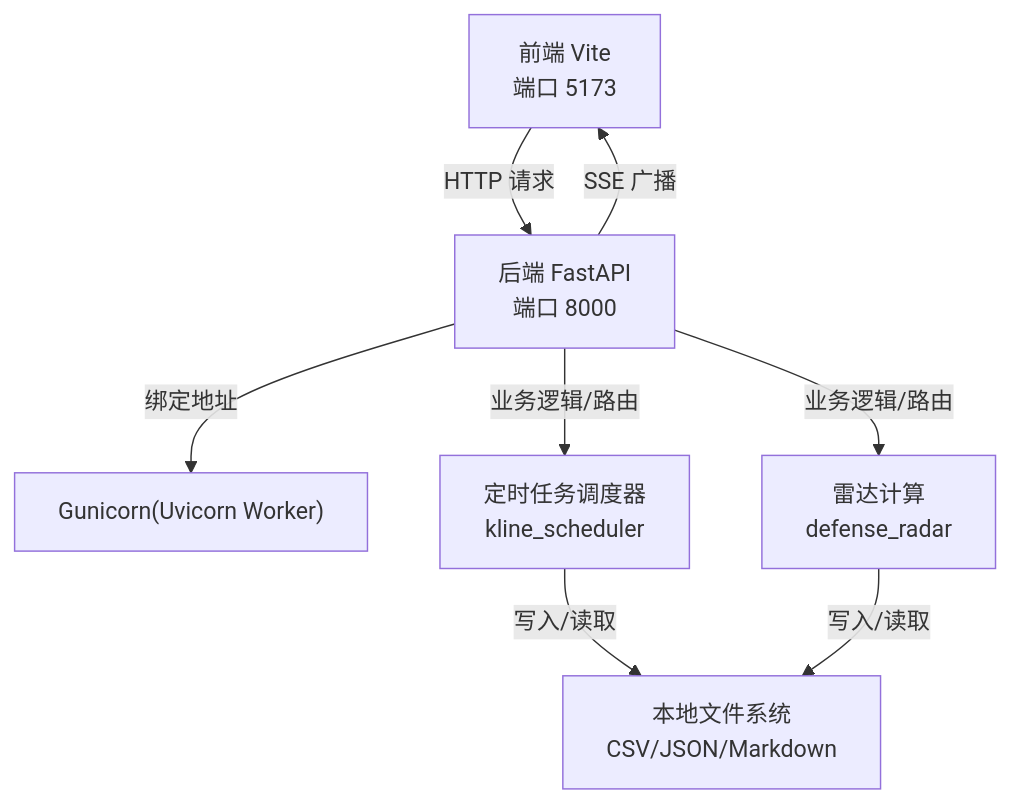
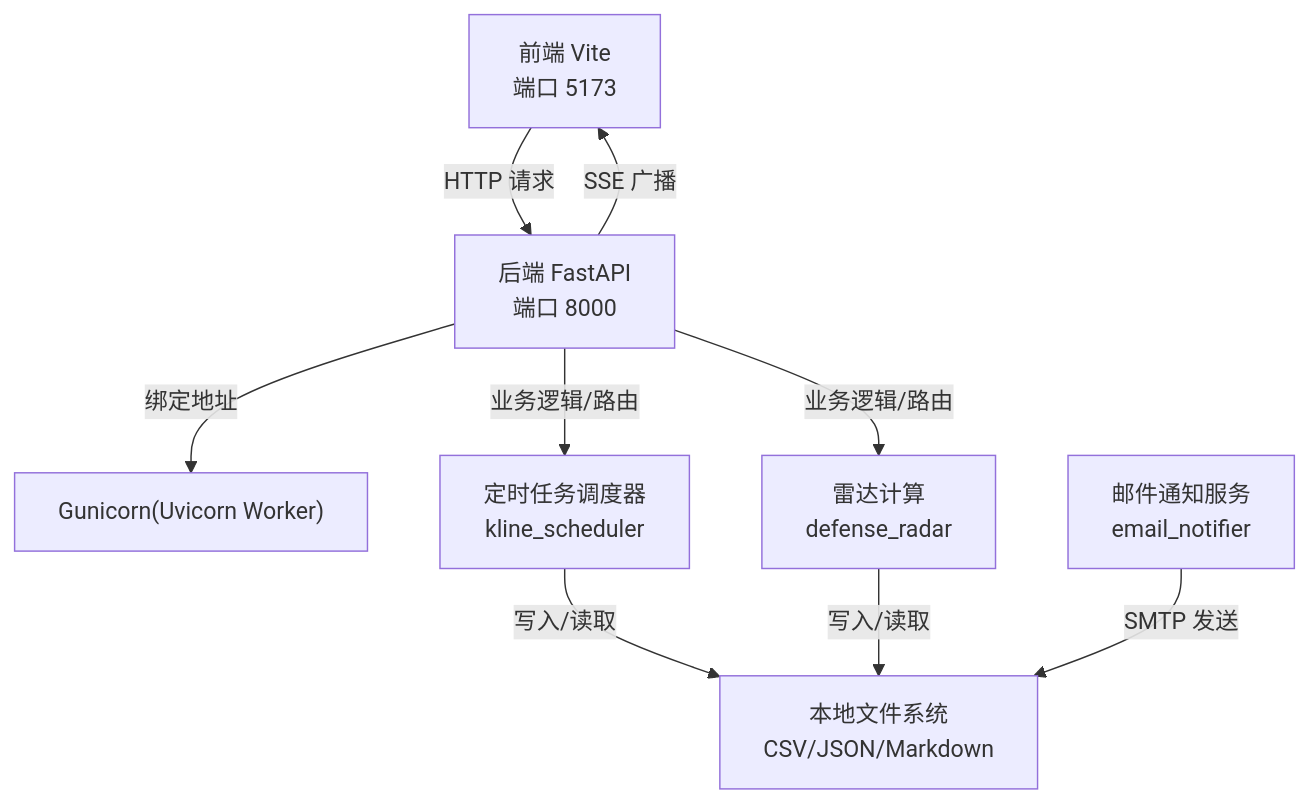
One commit to dexy1024/fin-analysis changed the second of 5 diagrams in .qoder/repowiki/zh/content/部署配置.md. Above: the diagram before and after it, drawn with Mermaid. The commit also changed other lines of this file and 8 other files, not shown here.

Commit message:
fix(email_notifier): slot_time 参数现在正确匹配对应时间窗口的 CSV 数据（±5分钟），而非永远读最新时间戳

````diff
--- a/.qoder/repowiki/zh/content/部署配置.md
+++ b/.qoder/repowiki/zh/content/部署配置.md
@@ -109,16 +121,18 @@
 ```mermaid
 graph TB
 FE["前端 Vite<br/>端口 5173"]
 BE["后端 FastAPI<br/>端口 8000"]
 GUN["Gunicorn(Uvicorn Worker)"]
 SCH["定时任务调度器<br/>kline_scheduler"]
 RAD["雷达计算<br/>defense_radar"]
+EMAIL["邮件通知服务<br/>email_notifier"]
 FS["本地文件系统<br/>CSV/JSON/Markdown"]
 FE --> |"HTTP 请求"| BE
 BE --> |"业务逻辑/路由"| SCH
 BE --> |"业务逻辑/路由"| RAD
 BE --> |"SSE 广播"| FE
 SCH --> |"写入/读取"| FS
 RAD --> |"写入/读取"| FS
+EMAIL --> |"SMTP 发送"| FS
 BE --> |"绑定地址"| GUN
 ```
````
